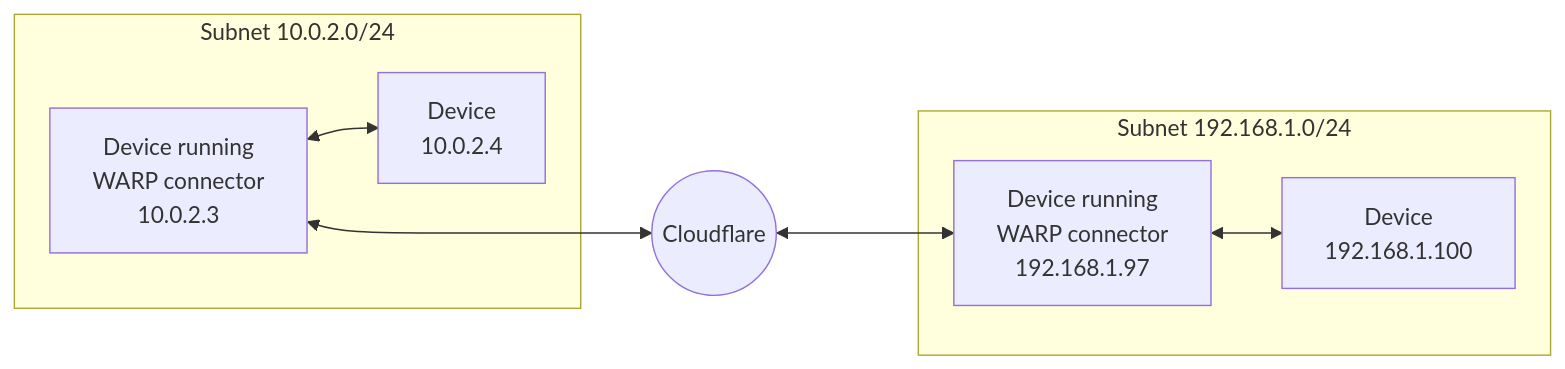
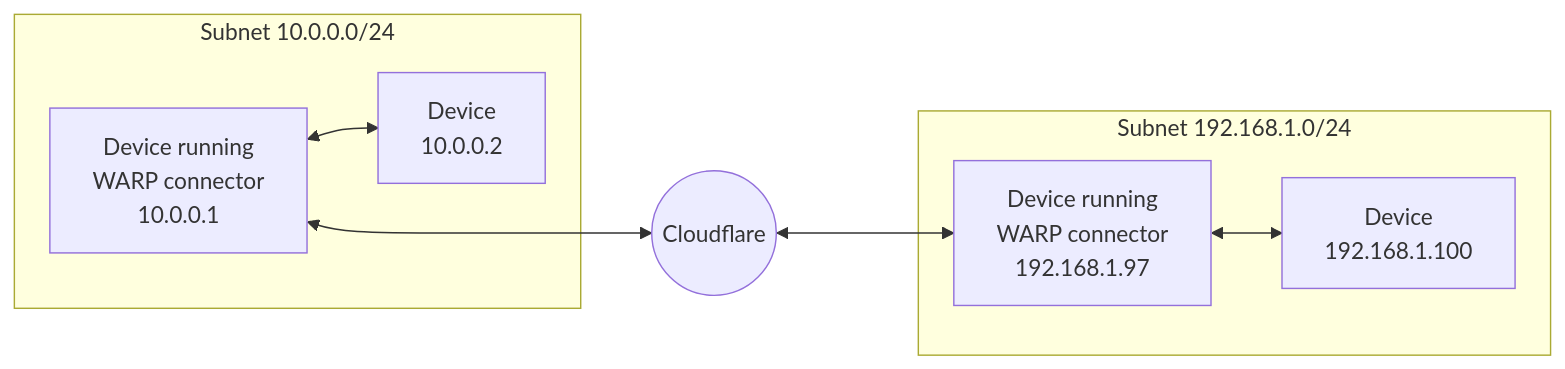
One commit to cloudflare/cloudflare-docs changed the first of 4 diagrams in content/cloudflare-one/connections/connect-networks/private-net/warp-connector.md. Above: the diagram before and after it, drawn with Mermaid. The commit also changed other lines of this file and 1 other file, not shown here.

````diff
--- a/content/cloudflare-one/connections/connect-networks/private-net/warp-connector.md
+++ b/content/cloudflare-one/connections/connect-networks/private-net/warp-connector.md
@@ -18,18 +18,18 @@
 ```mermaid
     flowchart LR
       accTitle: WARP connector as a subnet router
-      subgraph subnet1[Subnet 10.0.2.0/24]
+      subgraph subnet1[Subnet 10.0.0.0/24]
         router1["Device running 
         WARP connector
-        10.0.2.3"]<-->device1["Device
-        10.0.2.4"]
+        10.0.0.1"]<-->device1["Device
+        10.0.0.2"]
       end
       subgraph subnet2[Subnet 192.168.1.0/24]
         router2["Device running 
         WARP connector
         192.168.1.97"]<-->device2["Device
         192.168.1.100"]
       end
       router1<--->C((Cloudflare))<--->router2
 
 ```
````
